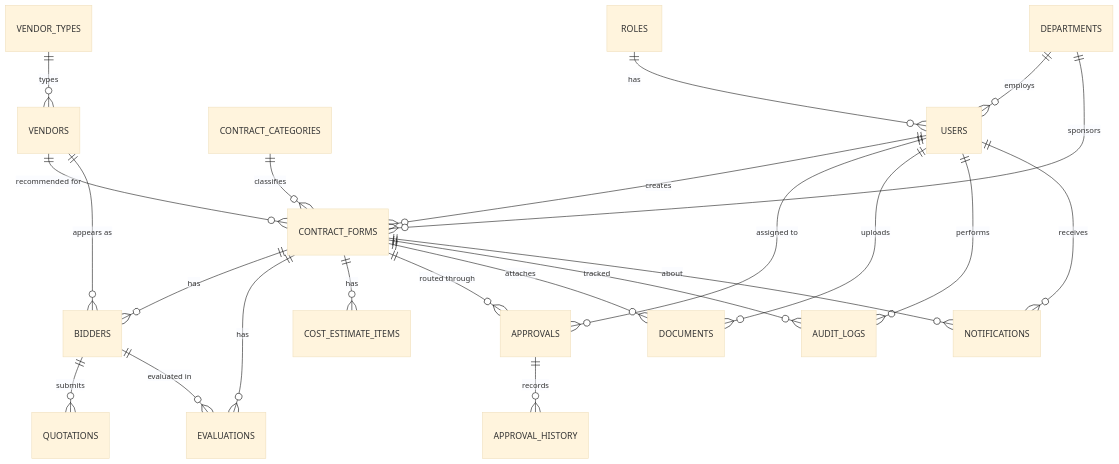
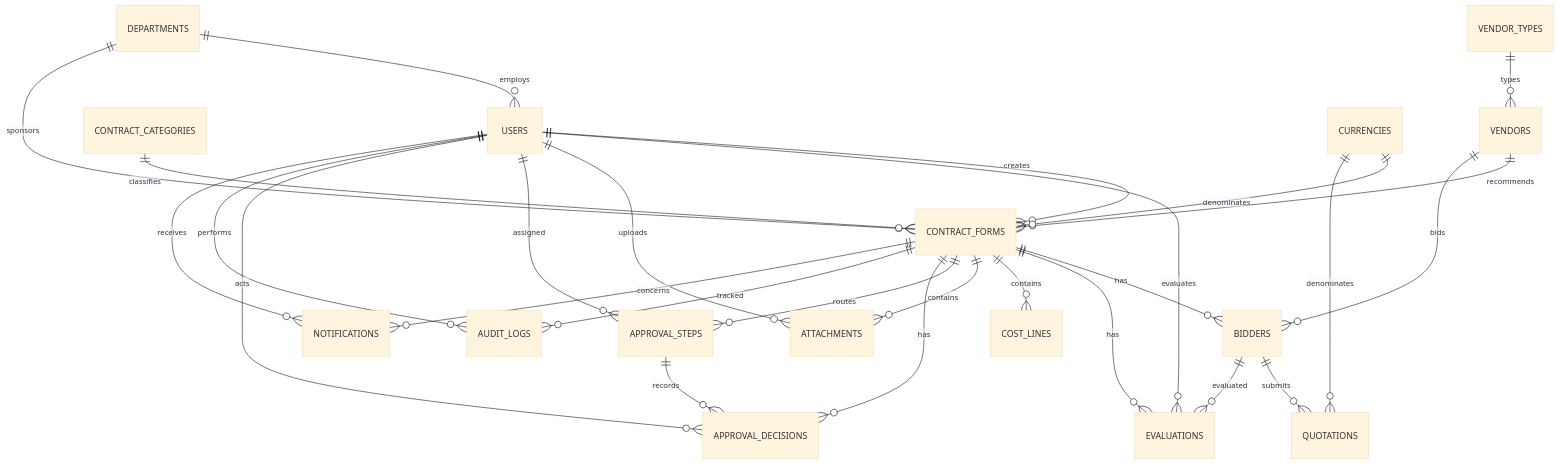
One commit to Rideema14/Contract-Form-Automation changed the diagram in docs/diagrams/database-er.mmd. Above: the diagram before and after it, drawn with Mermaid (base theme). The commit also changed 1 other file, not shown here.

Commit message:
docs: complete P0 integration contract

```diff
--- a/docs/diagrams/database-er.mmd
+++ b/docs/diagrams/database-er.mmd
@@ -1,23 +1,27 @@
 erDiagram
-    ROLES ||--o{ USERS : has
     DEPARTMENTS ||--o{ USERS : employs
-    USERS ||--o{ CONTRACT_FORMS : creates
     DEPARTMENTS ||--o{ CONTRACT_FORMS : sponsors
     CONTRACT_CATEGORIES ||--o{ CONTRACT_FORMS : classifies
-    VENDORS ||--o{ CONTRACT_FORMS : "recommended for"
+    USERS ||--o{ CONTRACT_FORMS : creates
+    VENDORS ||--o{ CONTRACT_FORMS : recommends
     VENDOR_TYPES ||--o{ VENDORS : types
+    CURRENCIES ||--o{ CONTRACT_FORMS : denominates
+    CURRENCIES ||--o{ QUOTATIONS : denominates
     CONTRACT_FORMS ||--o{ BIDDERS : has
-    VENDORS ||--o{ BIDDERS : "appears as"
+    VENDORS ||--o{ BIDDERS : bids
     BIDDERS ||--o{ QUOTATIONS : submits
     CONTRACT_FORMS ||--o{ EVALUATIONS : has
-    BIDDERS ||--o{ EVALUATIONS : "evaluated in"
-    CONTRACT_FORMS ||--o{ COST_ESTIMATE_ITEMS : has
-    CONTRACT_FORMS ||--o{ APPROVALS : "routed through"
-    USERS ||--o{ APPROVALS : "assigned to"
-    APPROVALS ||--o{ APPROVAL_HISTORY : records
-    CONTRACT_FORMS ||--o{ DOCUMENTS : attaches
-    USERS ||--o{ DOCUMENTS : uploads
+    BIDDERS ||--o{ EVALUATIONS : evaluated
+    USERS ||--o{ EVALUATIONS : evaluates
+    CONTRACT_FORMS ||--o{ COST_LINES : contains
+    CONTRACT_FORMS ||--o{ ATTACHMENTS : contains
+    USERS ||--o{ ATTACHMENTS : uploads
+    CONTRACT_FORMS ||--o{ APPROVAL_STEPS : routes
+    USERS ||--o{ APPROVAL_STEPS : assigned
+    APPROVAL_STEPS ||--o{ APPROVAL_DECISIONS : records
+    CONTRACT_FORMS ||--o{ APPROVAL_DECISIONS : has
+    USERS ||--o{ APPROVAL_DECISIONS : acts
     CONTRACT_FORMS ||--o{ AUDIT_LOGS : tracked
     USERS ||--o{ AUDIT_LOGS : performs
     USERS ||--o{ NOTIFICATIONS : receives
-    CONTRACT_FORMS ||--o{ NOTIFICATIONS : about
+    CONTRACT_FORMS ||--o{ NOTIFICATIONS : concerns
```
